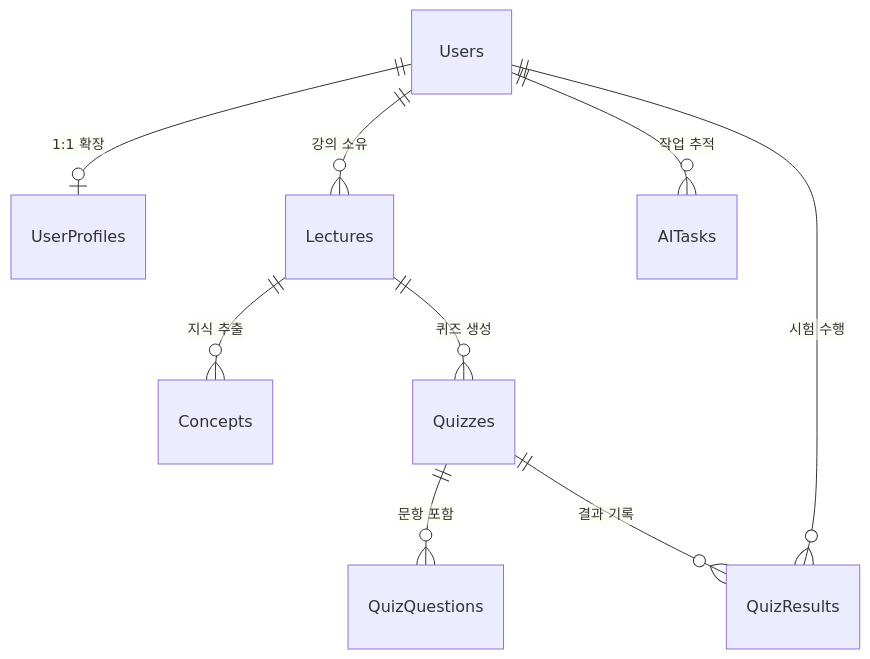
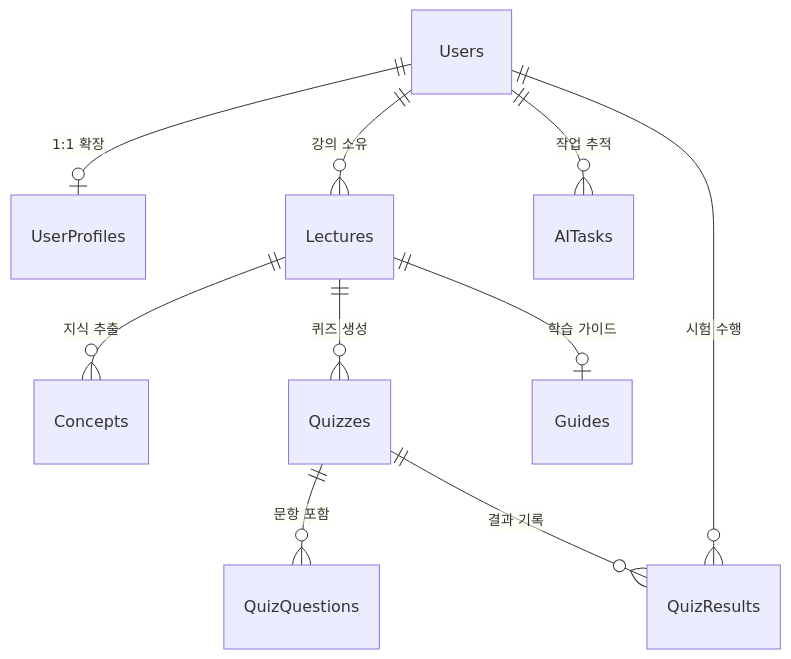
The first of 2 diagrams in README.md (Mutsa-Rocketdan/Backend-API), drawn with Mermaid before and after one commit. The commit also changed other lines of this file and 6 other files, not shown here.

````diff
--- a/README.md
+++ b/README.md
@@ -50,13 +50,14 @@
 ```mermaid
 erDiagram
     Users ||--o| UserProfiles : "1:1 확장"
     Users ||--o{ Lectures : "강의 소유"
     Users ||--o{ AITasks : "작업 추적"
     Users ||--o{ QuizResults : "시험 수행"
     
     Lectures ||--o{ Concepts : "지식 추출"
     Lectures ||--o{ Quizzes : "퀴즈 생성"
+    Lectures ||--o| Guides : "학습 가이드"
     
     Quizzes ||--o{ QuizQuestions : "문항 포함"
     Quizzes ||--o{ QuizResults : "결과 기록"
 ```
````
